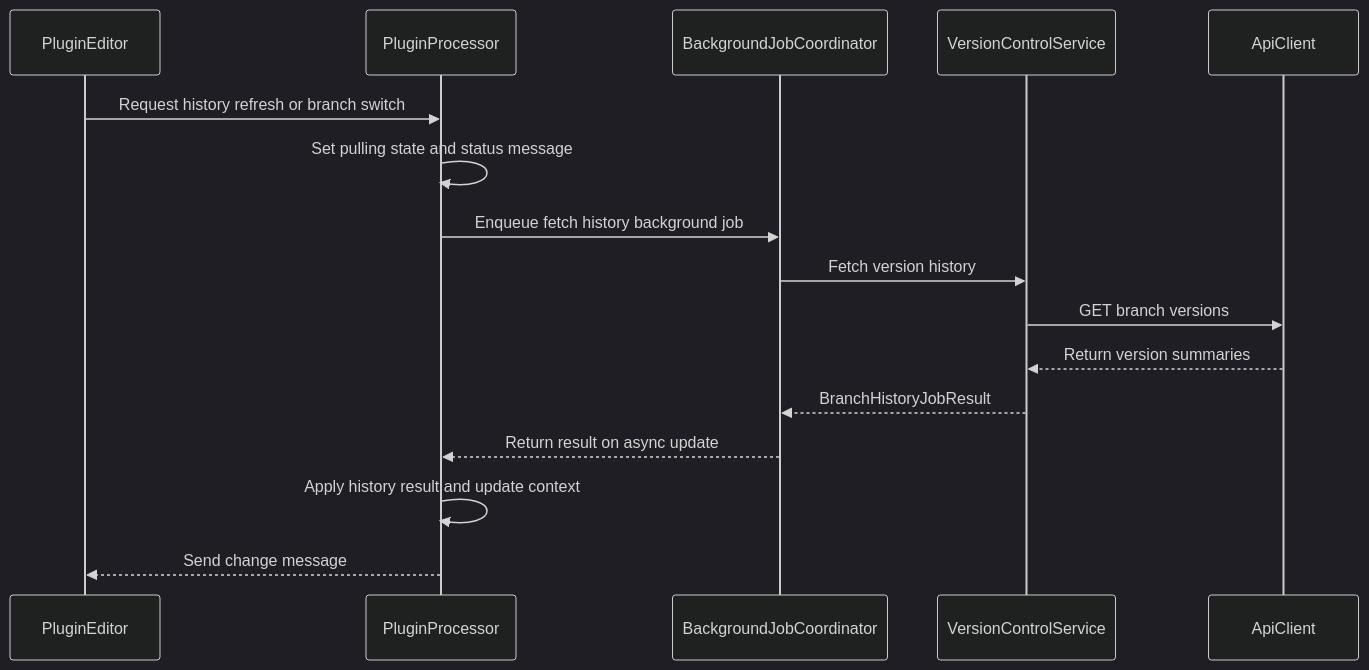
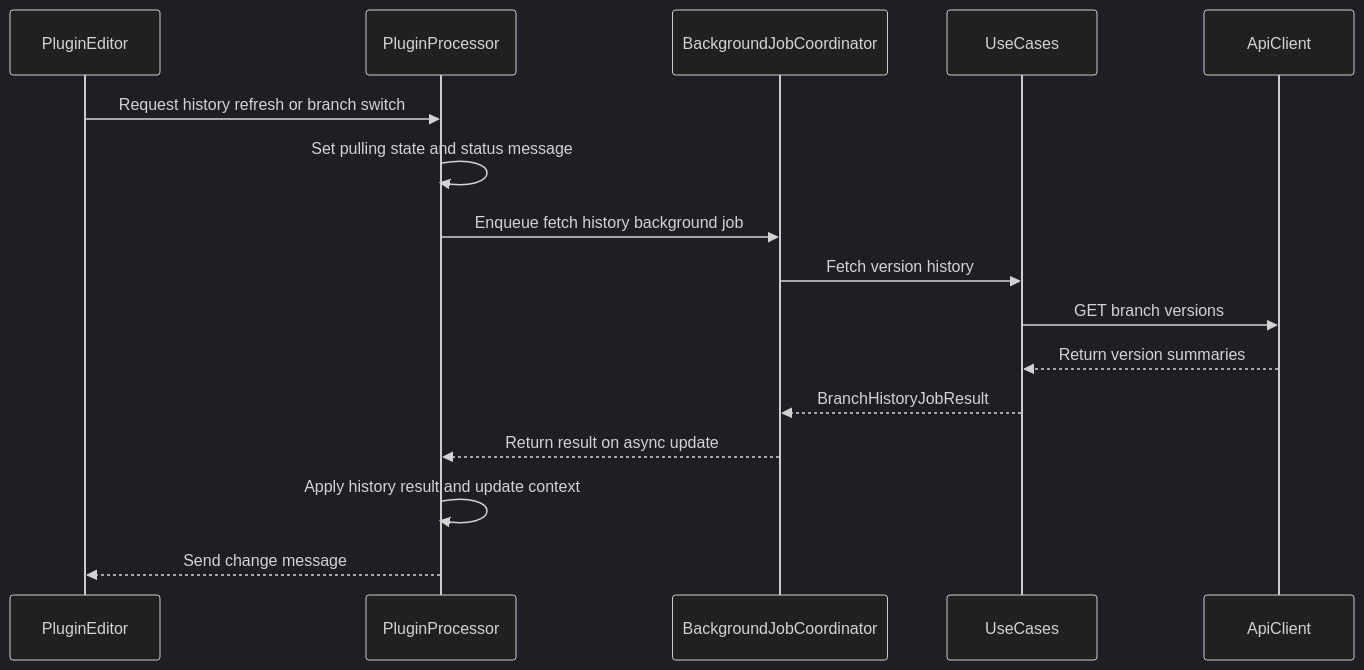
The third of 3 diagrams in docs/plugin-data-flow.md (stemhub-org/Stemhub), drawn with Mermaid (dark theme) before and after one commit. The commit also changed other lines of this file and 25 other files, not shown here.

````diff
--- a/docs/plugin-data-flow.md
+++ b/docs/plugin-data-flow.md
@@ -181,19 +187,19 @@
 ```mermaid
 sequenceDiagram
     participant E as PluginEditor
     participant P as PluginProcessor
     participant J as BackgroundJobCoordinator
-    participant V as VersionControlService
+    participant V as UseCases
     participant A as ApiClient
 
     E->>P: Request history refresh or branch switch
     P->>P: Set pulling state and status message
     P->>J: Enqueue fetch history background job
     J->>V: Fetch version history
     V->>A: GET branch versions
     A-->>V: Return version summaries
     V-->>J: BranchHistoryJobResult
     J-->>P: Return result on async update
     P->>P: Apply history result and update context
     P-->>E: Send change message
 ```
````
